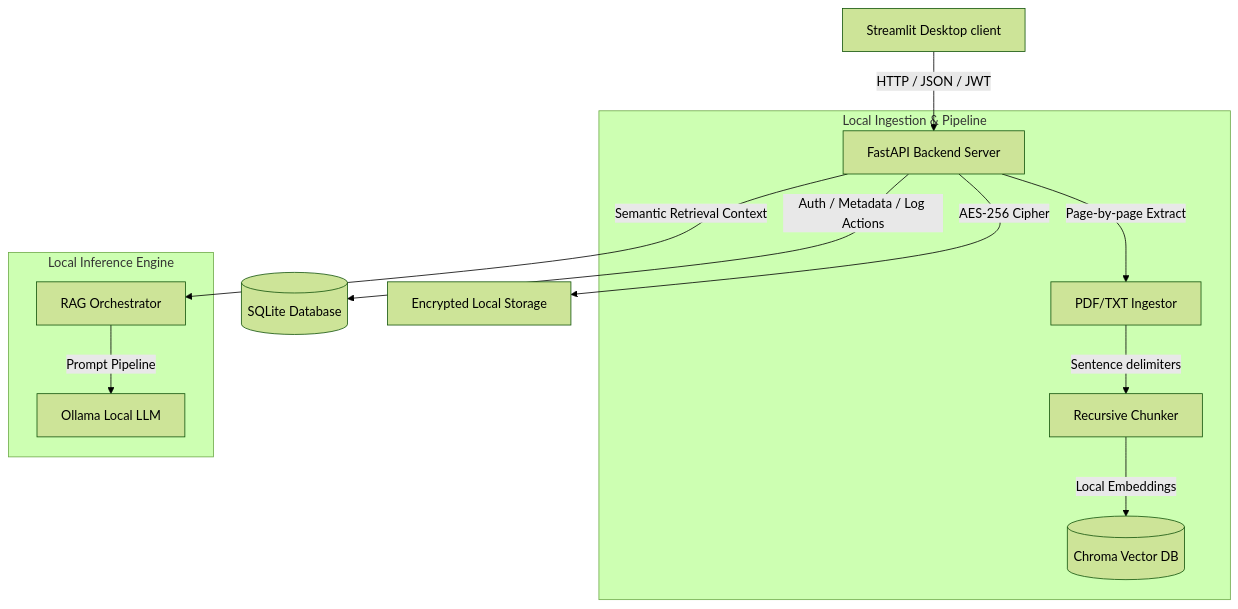
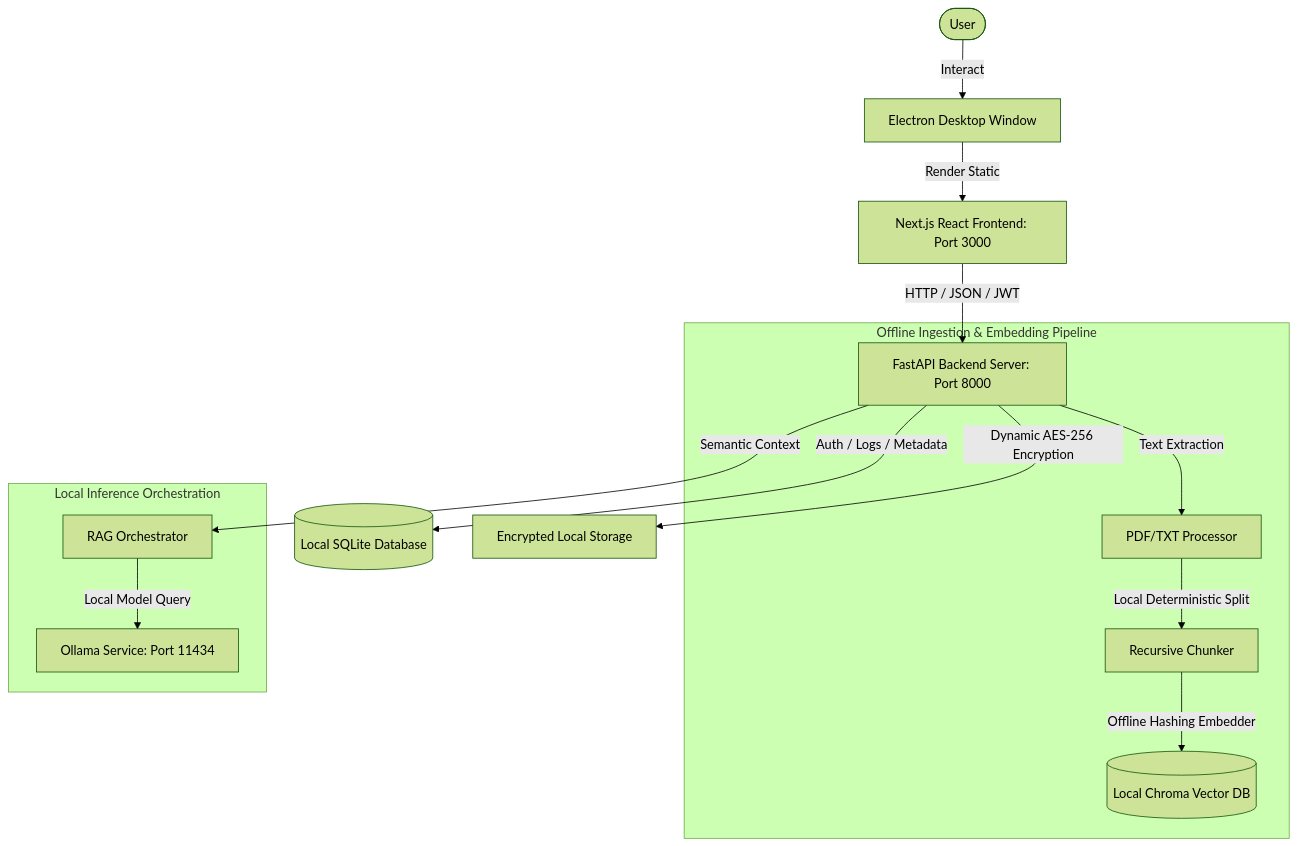
One commit to Coderaryanyadav/AegisAI changed the diagram in README.md. Above: the diagram before and after it, drawn with Mermaid (forest theme). The commit also changed other lines of this file and 25 other files, not shown here.

````diff
--- a/README.md
+++ b/README.md
@@ -23,17 +22,20 @@
 ```mermaid
 graph TD
-    UI[Streamlit Desktop client] -->|HTTP / JSON / JWT| API[FastAPI Backend Server]
-    API -->|Auth / Metadata / Log Actions| DB[(SQLite Database)]
-    API -->|AES-256 Cipher| EncryptedFS[Encrypted Local Storage]
+    User([User]) -->|Interact| Electron[Electron Desktop Window]
+    Electron -->|Render Static| React[Next.js React Frontend: Port 3000]
+    React -->|HTTP / JSON / JWT| FastAPI[FastAPI Backend Server: Port 8000]
     
-    subgraph Local Ingestion & Pipeline
-        API -->|Page-by-page Extract| Ingestor[PDF/TXT Ingestor]
-        Ingestor -->|Sentence delimiters| Chunker[Recursive Chunker]
-        Chunker -->|Local Embeddings| VDB[(Chroma Vector DB)]
+    FastAPI -->|Auth / Logs / Metadata| SQLite[(Local SQLite Database)]
+    FastAPI -->|Dynamic AES-256 Encryption| EncryptedFS[Encrypted Local Storage]
+    
+    subgraph Offline Ingestion & Embedding Pipeline
+        FastAPI -->|Text Extraction| Extractor[PDF/TXT Processor]
+        Extractor -->|Local Deterministic Split| Chunker[Recursive Chunker]
+        Chunker -->|Offline Hashing Embedder| Chroma[(Local Chroma Vector DB)]
     end
     
-    subgraph Local Inference Engine
-        API -->|Semantic Retrieval Context| RAG[RAG Orchestrator]
-        RAG -->|Prompt Pipeline| LLM[Ollama Local LLM]
+    subgraph Local Inference Orchestration
+        FastAPI -->|Semantic Context| RAG[RAG Orchestrator]
+        RAG -->|Local Model Query| Ollama[Ollama Service: Port 11434]
     end
 ```
````
